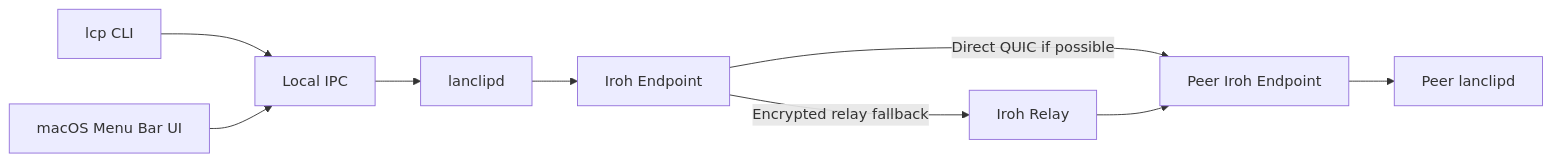
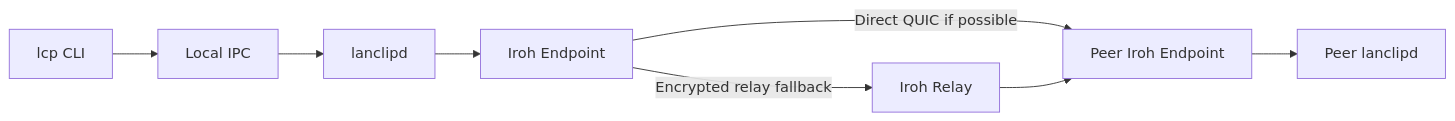
Before and after one commit to idealkritarat/lclip: the diagram in docs/architecture.md, drawn with Mermaid. The commit also changed other lines of this file and 21 other files, not shown here.

````diff
--- a/docs/architecture.md
+++ b/docs/architecture.md
@@ -5,11 +5,10 @@
 ```mermaid
 flowchart LR
     CLI["lcp CLI"] --> IPC1["Local IPC"]
-    MAC["macOS Menu Bar UI"] --> IPC1
     IPC1 --> D1["lanclipd"]
     D1 --> I1["Iroh Endpoint"]
     I1 -->|"Direct QUIC if possible"| I2["Peer Iroh Endpoint"]
     I1 -->|"Encrypted relay fallback"| R["Iroh Relay"]
     R --> I2
     I2 --> D2["Peer lanclipd"]
 ```
````
